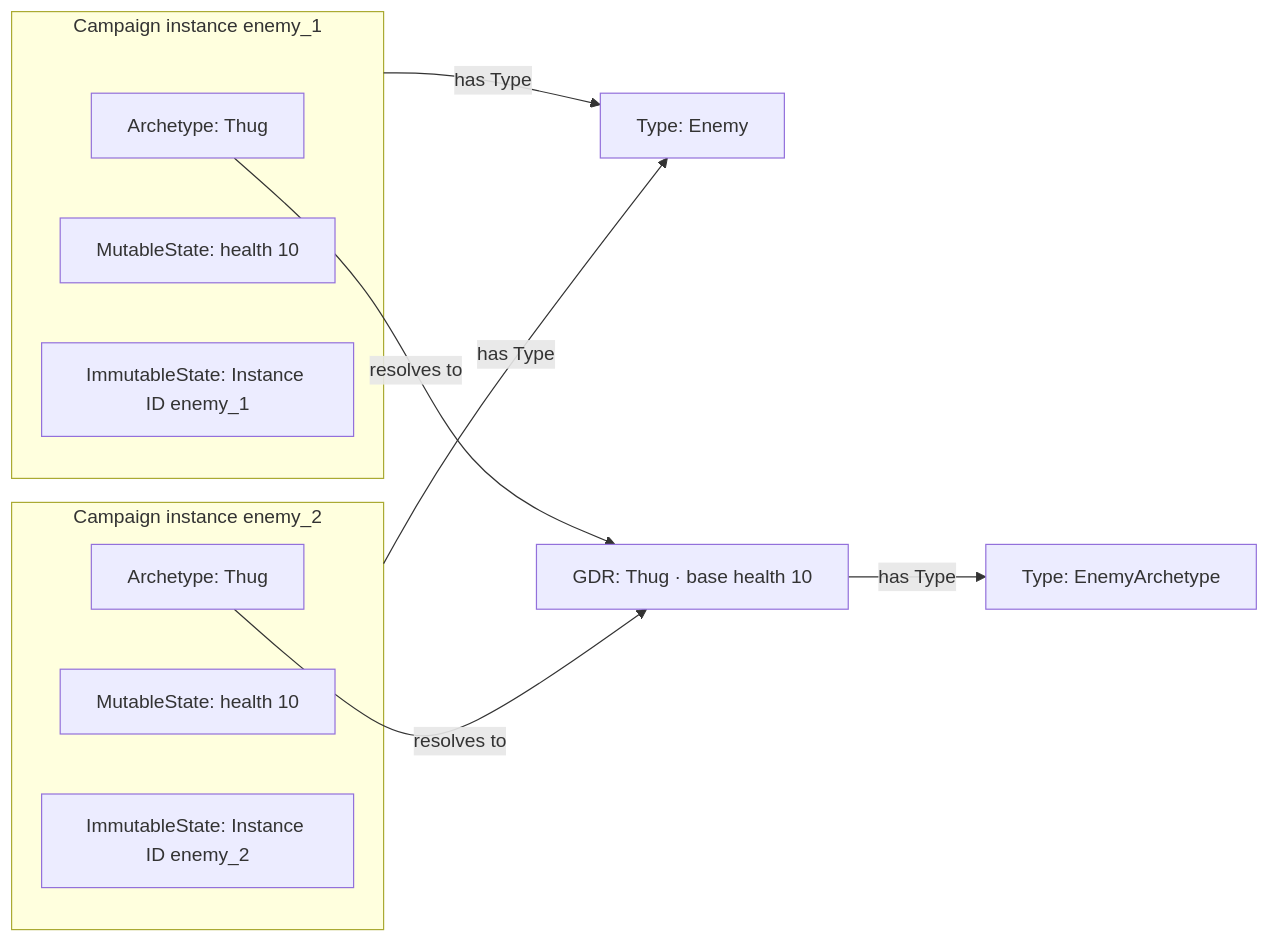
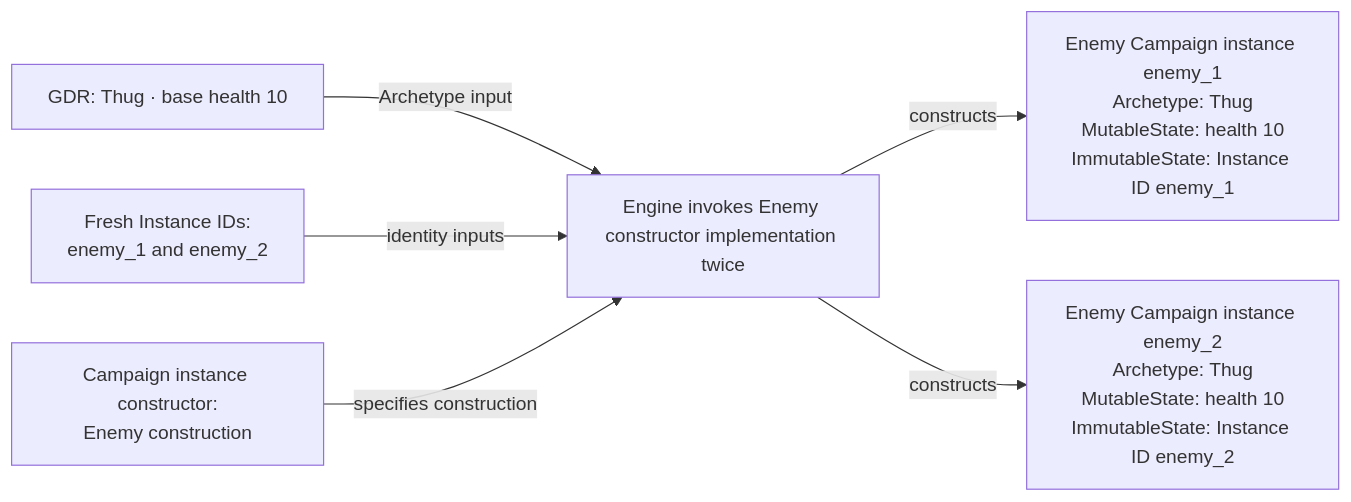
One commit to konrad-jamrozik/game-v5 changed the third of 4 diagrams in docs/specs/foundation/modeling-foundations.md. Above: the diagram before and after it, drawn with Mermaid. The commit also changed other lines of this file, not shown here.

Commit message:
Align archetype example with GDR role sections

````diff
--- a/docs/specs/foundation/modeling-foundations.md
+++ b/docs/specs/foundation/modeling-foundations.md
@@ -214,21 +216,8 @@
 ```mermaid
 flowchart LR
-    enemy_type["Type: Enemy"]
-    enemy_archetype_type["Type: EnemyArchetype"]
-    thug_gdr["GDR: Thug · base health 10"]
-    thug_gdr -->|has Type| enemy_archetype_type
-    subgraph enemy_1["Campaign instance enemy_1"]
-        enemy_1_archetype["Archetype: Thug"]
-        enemy_1_mutable_state["MutableState: health 10"]
-        enemy_1_immutable_state["ImmutableState: Instance ID enemy_1"]
-    end
-    subgraph enemy_2["Campaign instance enemy_2"]
-        enemy_2_archetype["Archetype: Thug"]
-        enemy_2_mutable_state["MutableState: health 10"]
-        enemy_2_immutable_state["ImmutableState: Instance ID enemy_2"]
-    end
-    enemy_1 -->|has Type| enemy_type
-    enemy_2 -->|has Type| enemy_type
-    enemy_1_archetype -->|resolves to| thug_gdr
-    enemy_2_archetype -->|resolves to| thug_gdr
+    Thug["GDR: Thug · base health 10"] -->|Archetype input| Engine["Engine invokes Enemy constructor implementation twice"]
+    IDs["Fresh Instance IDs:<br/>enemy_1 and enemy_2"] -->|identity inputs| Engine
+    Constructor["Campaign instance constructor:<br/>Enemy construction"] -->|specifies construction| Engine
+    Engine -->|constructs| Enemy1["Enemy Campaign instance enemy_1<br/>Archetype: Thug<br/>MutableState: health 10<br/>ImmutableState: Instance ID enemy_1"]
+    Engine -->|constructs| Enemy2["Enemy Campaign instance enemy_2<br/>Archetype: Thug<br/>MutableState: health 10<br/>ImmutableState: Instance ID enemy_2"]
 ```
````
